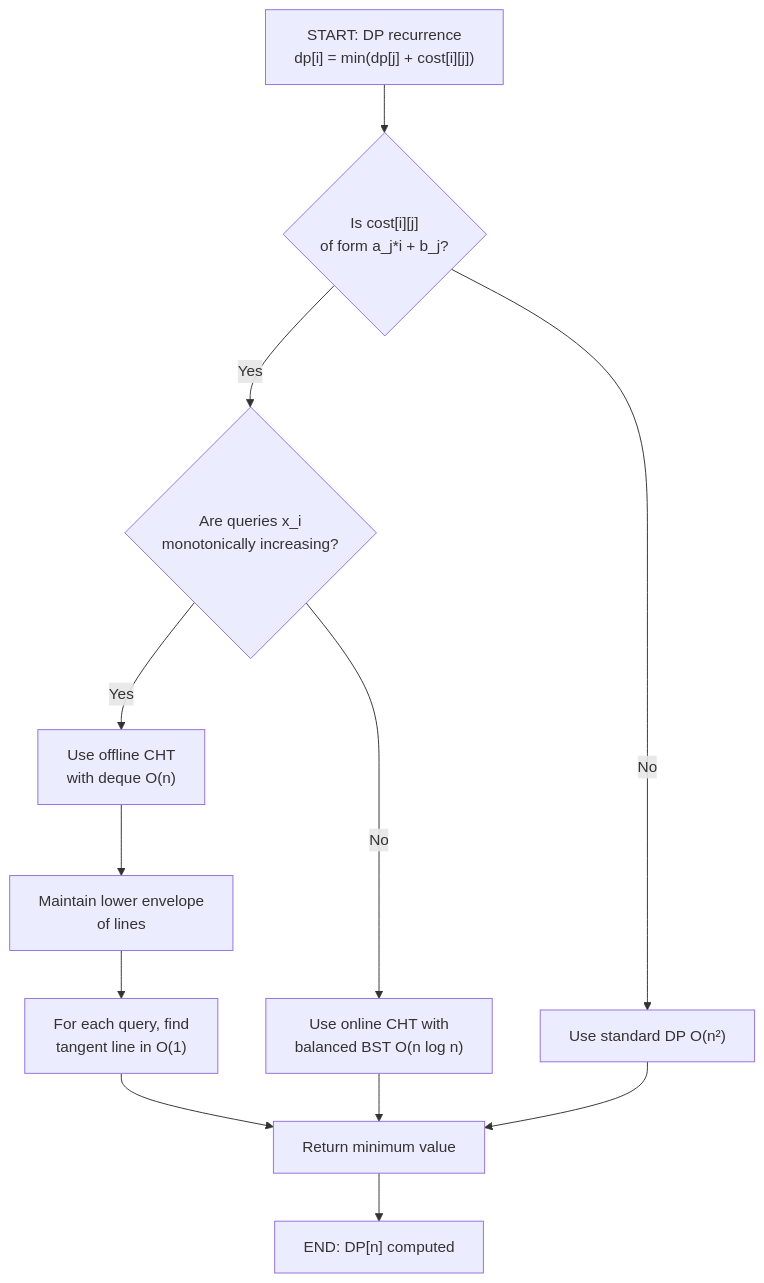
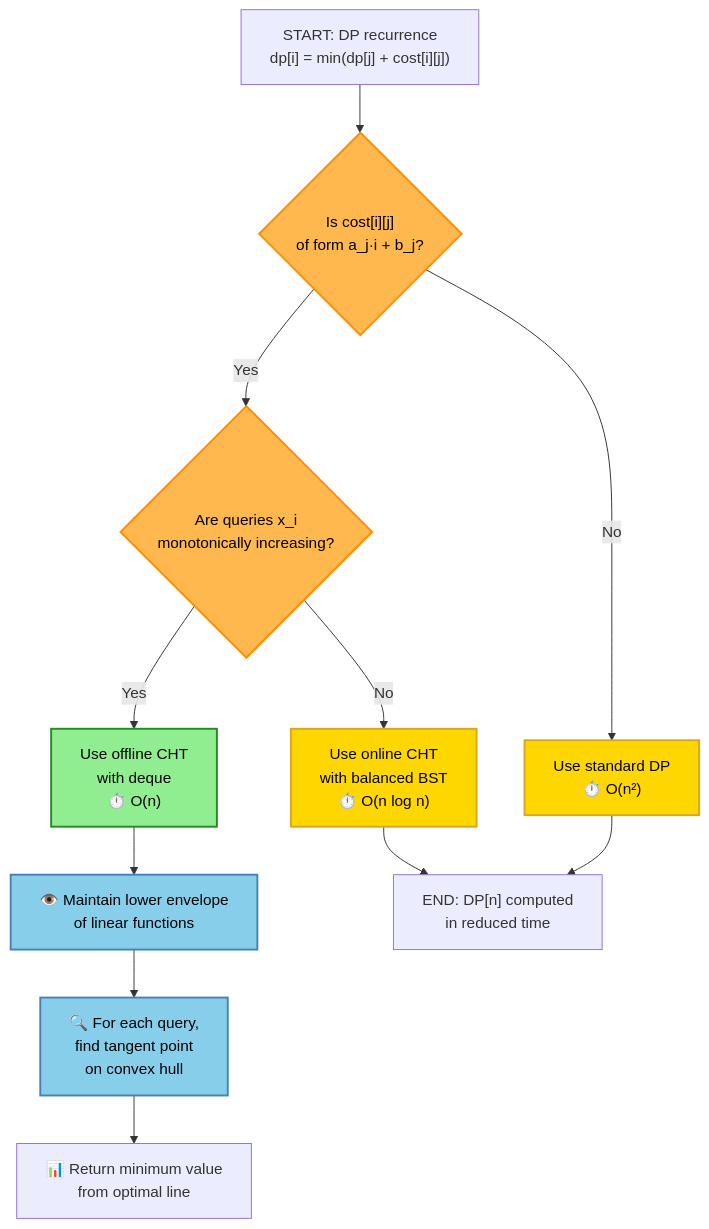
Before and after one commit to souradeepta/interviewprep: the third of 41 diagrams in docs/algorithms/advanced/advanced_algorithms.md, drawn with Mermaid. The commit also changed other lines of this file and 35 other files, not shown here.

First line of the commit message:
Enhance all documentation with comprehensive Mermaid flowcharts and visualizations

````diff
--- a/docs/algorithms/advanced/advanced_algorithms.md
+++ b/docs/algorithms/advanced/advanced_algorithms.md
@@ -31,14 +185,23 @@
 ```mermaid
 flowchart TD
-    A["START: DP recurrence<br/>dp[i] = min(dp[j] + cost[i][j])"] --> B{"Is cost[i][j]<br/>of form a_j*i + b_j?"}
-    B -->|No| C["Use standard DP O(n²)"]
+    A["START: DP recurrence<br/>dp[i] = min(dp[j] + cost[i][j])"] --> B{"Is cost[i][j]<br/>of form a_j·i + b_j?"}
+    B -->|No| C["Use standard DP<br/>⏱️ O(n²)"]
     B -->|Yes| D{"Are queries x_i<br/>monotonically increasing?"}
-    D -->|No| E["Use online CHT with<br/>balanced BST O(n log n)"]
-    D -->|Yes| F["Use offline CHT<br/>with deque O(n)"]
-    F --> G["Maintain lower envelope<br/>of lines"]
-    G --> H["For each query, find<br/>tangent line in O(1)"]
-    H --> I["Return minimum value"]
-    E --> I
-    C --> I
-    I --> J["END: DP[n] computed"]
+    D -->|No| E["Use online CHT<br/>with balanced BST<br/>⏱️ O(n log n)"]
+    D -->|Yes| F["Use offline CHT<br/>with deque<br/>⏱️ O(n)"]
+    F --> G["👁️ Maintain lower envelope<br/>of linear functions"]
+    G --> H["🔍 For each query,<br/>find tangent point<br/>on convex hull"]
+    H --> I["📊 Return minimum value<br/>from optimal line"]
+    E --> J["END: DP[n] computed<br/>in reduced time"]
+    C --> J
+    
+    classDef decision fill:#FFB84D,stroke:#FF8C00,stroke-width:2px,color:#000
+    classDef action fill:#87CEEB,stroke:#4682B4,stroke-width:2px,color:#000
+    classDef optimal fill:#90EE90,stroke:#228B22,stroke-width:2px,color:#000
+    classDef subopt fill:#FFD700,stroke:#DAA520,stroke-width:2px,color:#000
+    
+    class B,D decision
+    class G,H action
+    class F optimal
+    class C,E subopt
 ```
````
